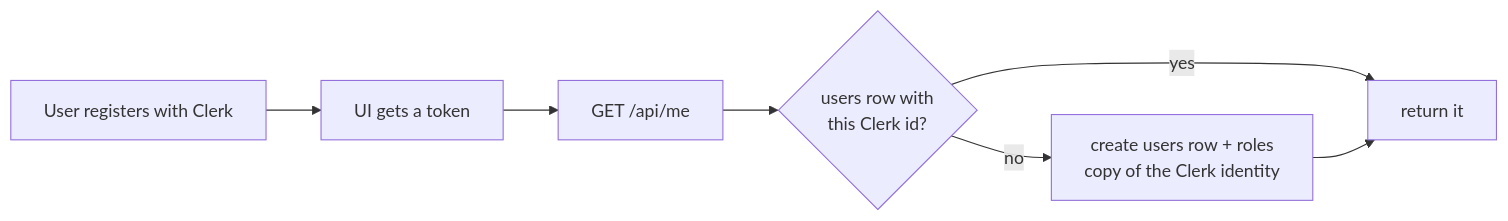
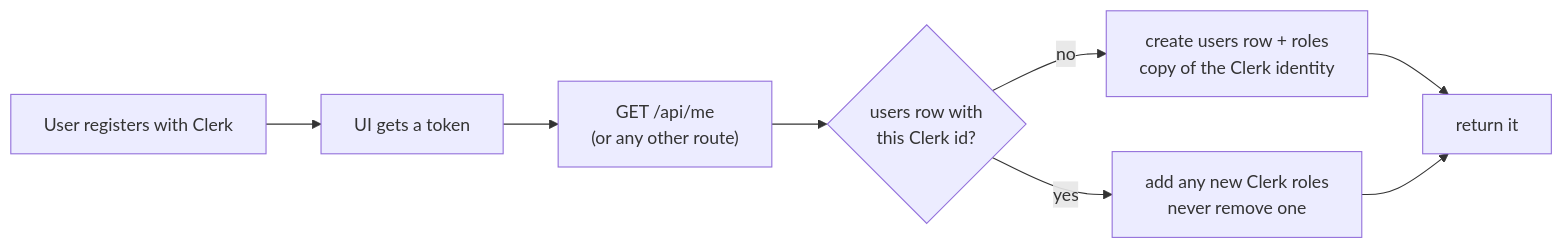
The third of 6 diagrams in Tutorials/fastapi-ai/docs/architecture.md (wilferraciolli/PythonTutorials), drawn with Mermaid before and after one commit. The commit also changed other lines of this file and 236 other files, not shown here.

````diff
--- a/Tutorials/fastapi-ai/docs/architecture.md
+++ b/Tutorials/fastapi-ai/docs/architecture.md
@@ -63,9 +63,10 @@
 ```mermaid
 flowchart LR
     S[User registers with Clerk] --> T[UI gets a token]
-    T --> Me["GET /api/me"]
+    T --> Me["GET /api/me<br/>(or any other route)"]
     Me --> Q{users row with<br/>this Clerk id?}
-    Q -- yes --> R[return it]
+    Q -- yes --> A[add any new Clerk roles<br/>never remove one]
     Q -- no --> N[create users row + roles<br/>copy of the Clerk identity]
-    N --> R
+    N --> R[return it]
+    A --> R
 ```
````
